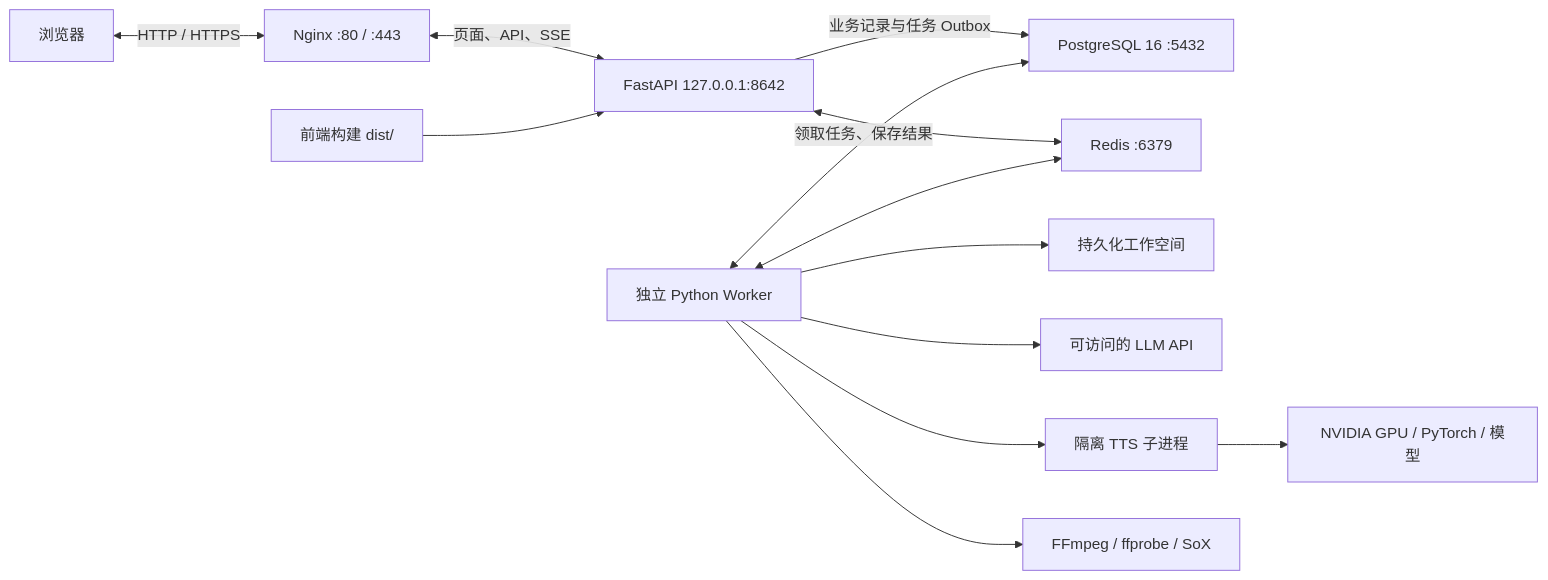
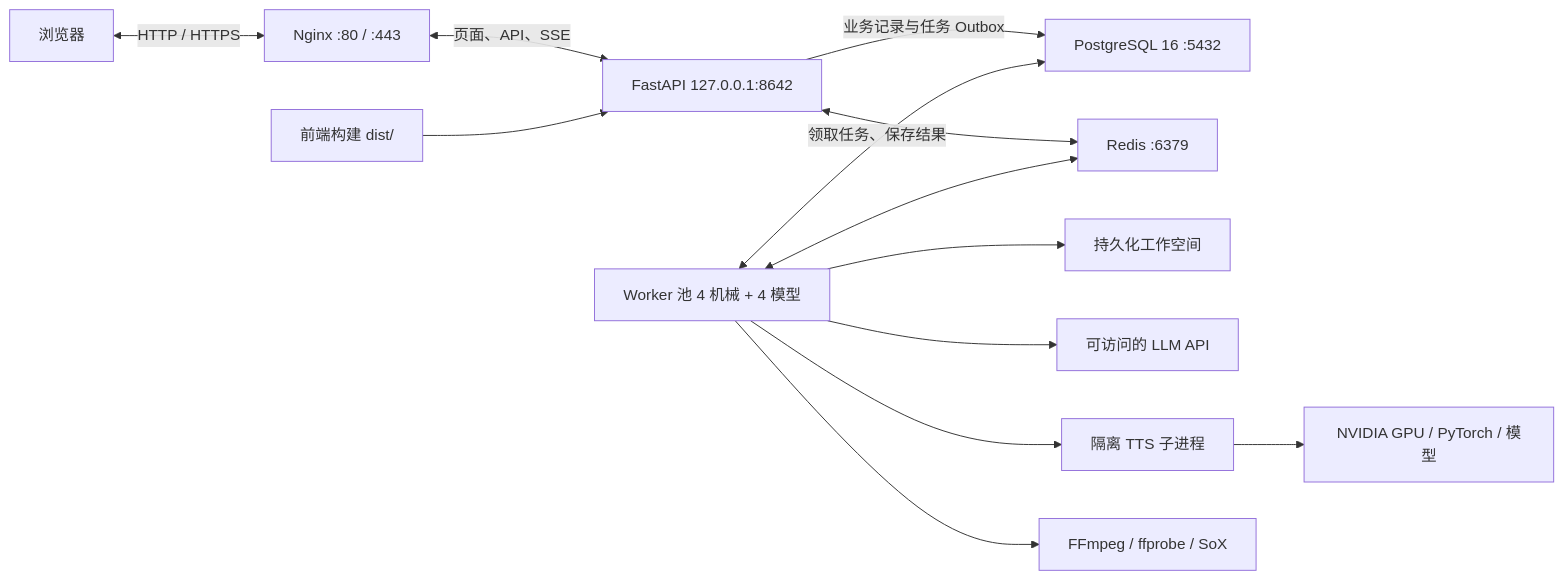
One commit to 1010323691/NarrifyAudio changed the diagram in readme-linux.md. Above: the diagram before and after it, drawn with Mermaid. The commit also changed other lines of this file and 12 other files, not shown here.

````diff
--- a/readme-linux.md
+++ b/readme-linux.md
@@ -62,15 +64,15 @@
 ```mermaid
 flowchart LR
   Browser[浏览器] <-->|HTTP / HTTPS| Nginx[Nginx :80 / :443]
   Nginx <-->|页面、API、SSE| API[FastAPI 127.0.0.1:8642]
   Dist[前端构建 dist/] --> API
   API -->|业务记录与任务 Outbox| PG[PostgreSQL 16 :5432]
   API <--> Redis[Redis :6379]
-  Worker[独立 Python Worker] <-->|领取任务、保存结果| PG
+  Worker[Worker 池 4 机械 + 4 模型] <-->|领取任务、保存结果| PG
   Worker <--> Redis
   Worker --> Storage[持久化工作空间]
   Worker --> LLM[可访问的 LLM API]
   Worker --> TTS[隔离 TTS 子进程]
   TTS --> GPU[NVIDIA GPU / PyTorch / 模型]
   Worker --> Audio[FFmpeg / ffprobe / SoX]
 ```
````
